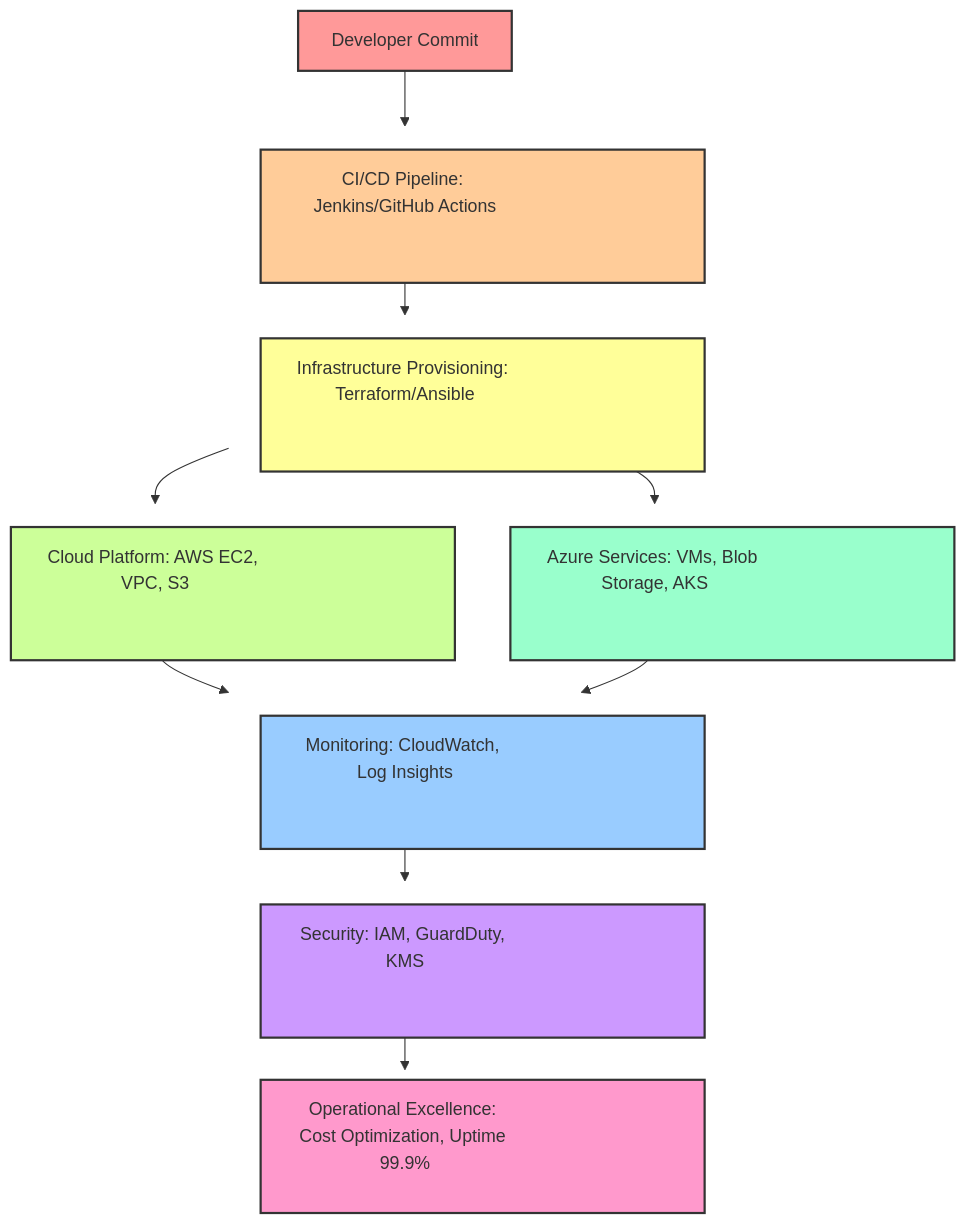
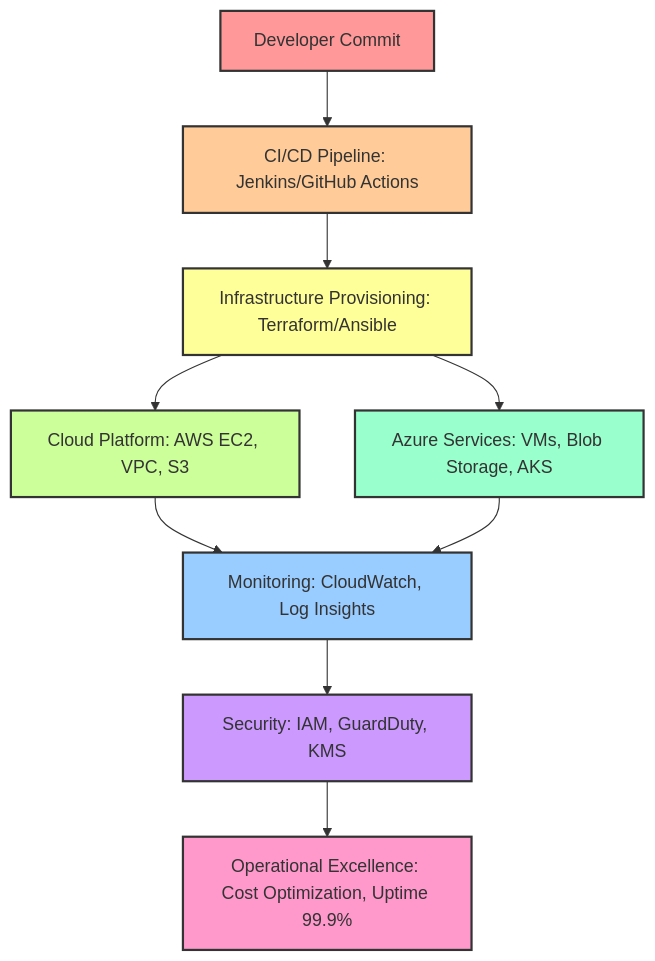
Before and after one commit to aliceekane/aliceekane-portfolio: the diagram in README.md, drawn with Mermaid.

````diff
--- a/README.md
+++ b/README.md
@@ -71,26 +71,23 @@
 ```mermaid
 flowchart TD
-    A[Developer Commit] --> B[CI/CD Pipeline: Jenkins/GitHub Actions]:::bigbox
-    B --> C[Infrastructure Provisioning: Terraform/Ansible]:::bigbox
-    C --> D[Cloud Platform: AWS EC2, VPC, S3]:::bigbox
-    C --> E[Azure Services: VMs, Blob Storage, AKS]:::bigbox
-    D --> F[Monitoring: CloudWatch, Log Insights]:::bigbox
+    A[Developer Commit] --> B[CI/CD Pipeline: Jenkins/GitHub Actions]
+    B --> C[Infrastructure Provisioning: Terraform/Ansible]
+    C --> D[Cloud Platform: AWS EC2, VPC, S3]
+    C --> E[Azure Services: VMs, Blob Storage, AKS]
+    D --> F[Monitoring: CloudWatch, Log Insights]
     E --> F
-    F --> G[Security: IAM, GuardDuty, KMS]:::bigbox
-    G --> H[Operational Excellence: Cost Optimization, Uptime 99.9%]:::bigbox
+    F --> G[Security: IAM, GuardDuty, KMS]
+    G --> H[Operational Excellence: Cost Optimization, Uptime 99.9%]
 
     %% Assigning different colors to each box
     style A fill:#FF9999,stroke:#333,stroke-width:2px
     style B fill:#FFCC99,stroke:#333,stroke-width:2px
     style C fill:#FFFF99,stroke:#333,stroke-width:2px
     style D fill:#CCFF99,stroke:#333,stroke-width:2px
     style E fill:#99FFCC,stroke:#333,stroke-width:2px
     style F fill:#99CCFF,stroke:#333,stroke-width:2px
     style G fill:#CC99FF,stroke:#333,stroke-width:2px
     style H fill:#FF99CC,stroke:#333,stroke-width:2px
 
-    %% Define a reusable class for extra-large boxes
-    classDef bigbox width:400px,height:120px,font-size:16px;
-
 
 ```
````
